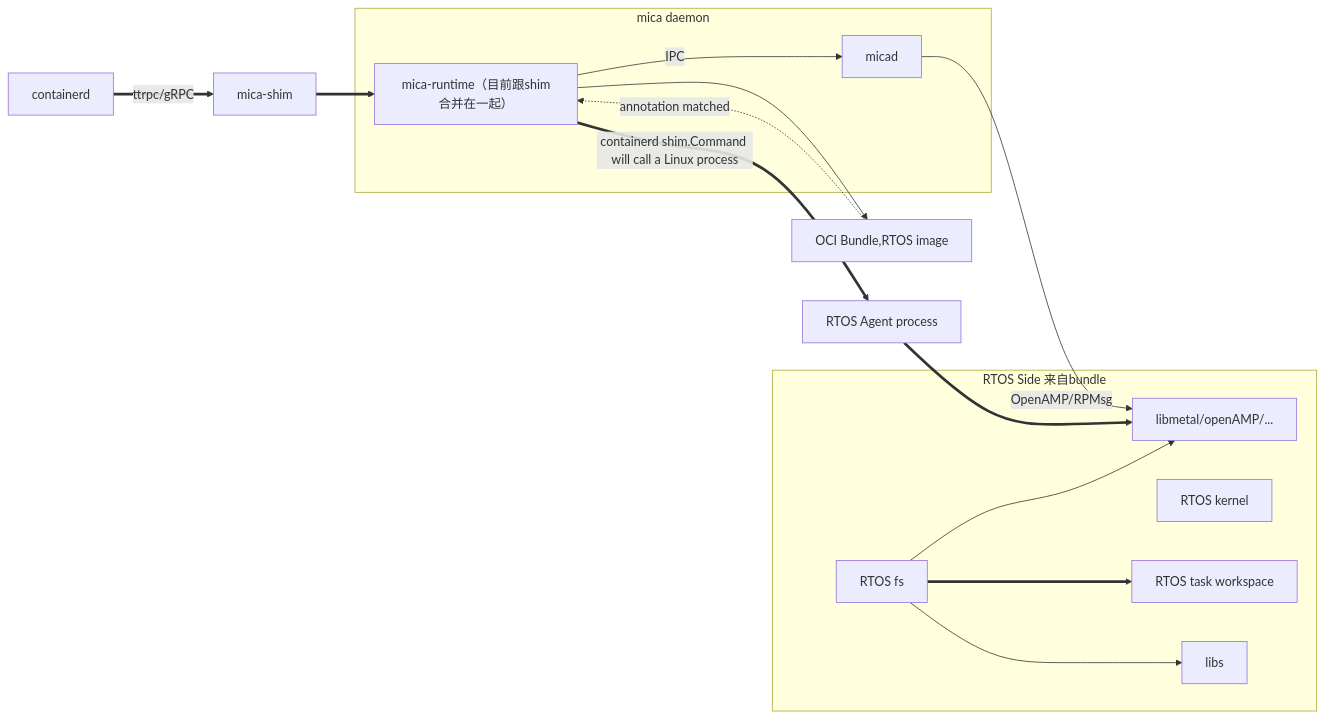
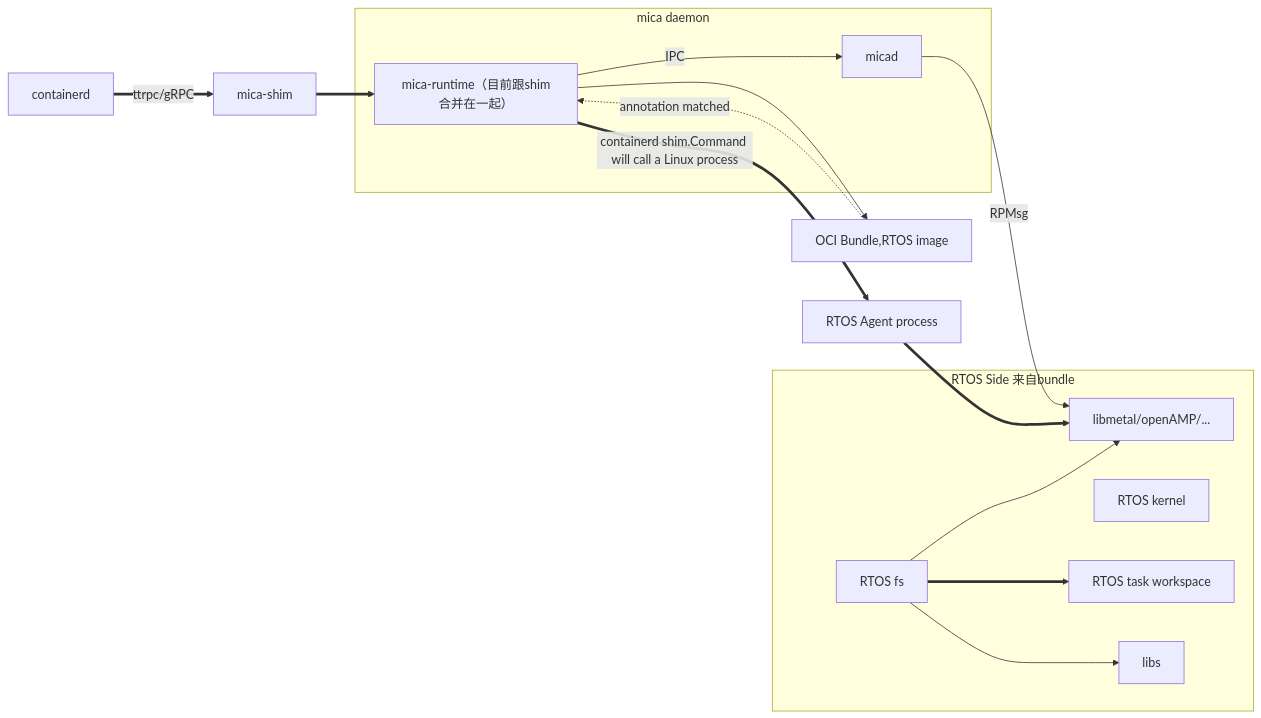
One commit to Egg12138/iodraw-files changed the diagram in all/未命名.md. Above: the diagram before and after it, drawn with Mermaid.

Commit message:
2025-06-23 09:24:37 update

````diff
--- a/all/未命名.md
+++ b/all/未命名.md
@@ -1,24 +1,24 @@
 ```mermaid
 graph LR
     CD[containerd] ==>|ttrpc/gRPC| S
     S[mica-shim] ==> MR
     MR[mica-runtime（目前跟shim合并在一起）] -->|IPC| A[micad]
     MR -->C[OCI Bundle,RTOS image]
     MR ==>|containerd shim.Command will call a Linux process|AG[RTOS Agent process]
-    A -->|OpenAMP/RPMsg| B[RTOS Remote Core]
+    A -->|RPMsg| B[RTOS Remote Core]
     C -.->|annotation matched| MR
     AG ==>B
     subgraph RTOS Side 来自bundle
         K[RTOS kernel]
         B[libmetal/openAMP/...]
         D[RTOS fs] ==> E
         D --> L[libs]
         D --> B
         E[RTOS task workspace]
     end
 
     subgraph mica daemon
         A
         MR
     end
 ```
````
